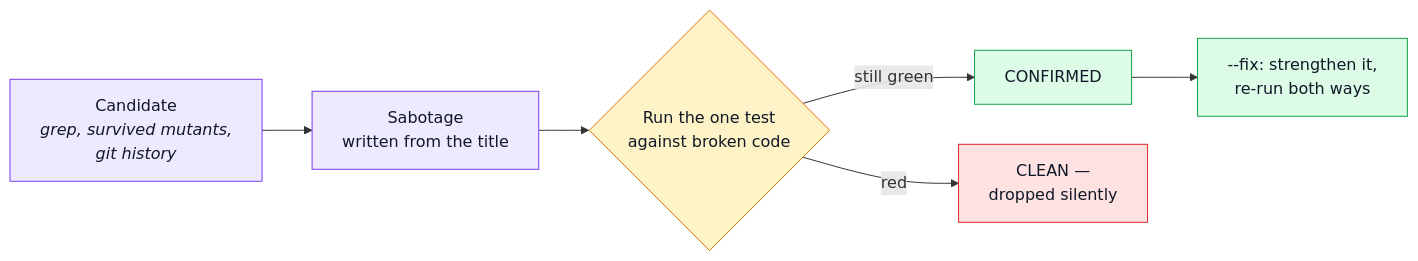
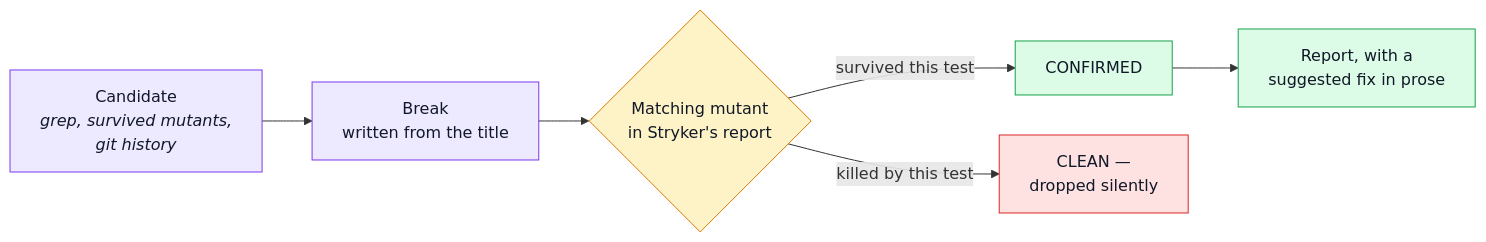
Before and after one commit to Guebbit/boilerplate-vue-frontend: the third of 4 diagrams in docs/tools/ai-auditing.md, drawn with Mermaid. The commit also changed other lines of this file and 2 other files, not shown here.

First line of the commit message:
refactor(audit): make test-honesty report-only, with stryker as its oracle

````diff
--- a/docs/tools/ai-auditing.md
+++ b/docs/tools/ai-auditing.md
@@ -195,18 +192,18 @@
 ```mermaid
 %%{init: {'flowchart': {'nodeSpacing': 40, 'rankSpacing': 50}}}%%
 flowchart LR
-    C["Candidate<br/><i>grep, survived mutants,<br/>git history</i>"] --> T["Sabotage<br/>written from the title"]
-    T --> R{"Run the one test<br/>against broken code"}
-    R -->|still green| Y["CONFIRMED"]
-    R -->|red| N["CLEAN —<br/>dropped silently"]
-    Y --> F["--fix: strengthen it,<br/>re-run both ways"]
+    C["Candidate<br/><i>grep, survived mutants,<br/>git history</i>"] --> T["Break<br/>written from the title"]
+    T --> R{"Matching mutant<br/>in Stryker's report"}
+    R -->|survived this test| Y["CONFIRMED"]
+    R -->|killed by this test| N["CLEAN —<br/>dropped silently"]
+    Y --> F["Report, with a<br/>suggested fix in prose"]
 
     classDef ai fill:#ede9fe,stroke:#7c3aed,color:#111827;
     classDef gate fill:#fef3c7,stroke:#d97706,color:#111827;
     classDef out fill:#dcfce7,stroke:#16a34a,color:#111827;
     classDef dead fill:#fee2e2,stroke:#dc2626,color:#111827;
     class C,T ai;
     class R gate;
     class Y,F out;
     class N dead;
 ```
````
